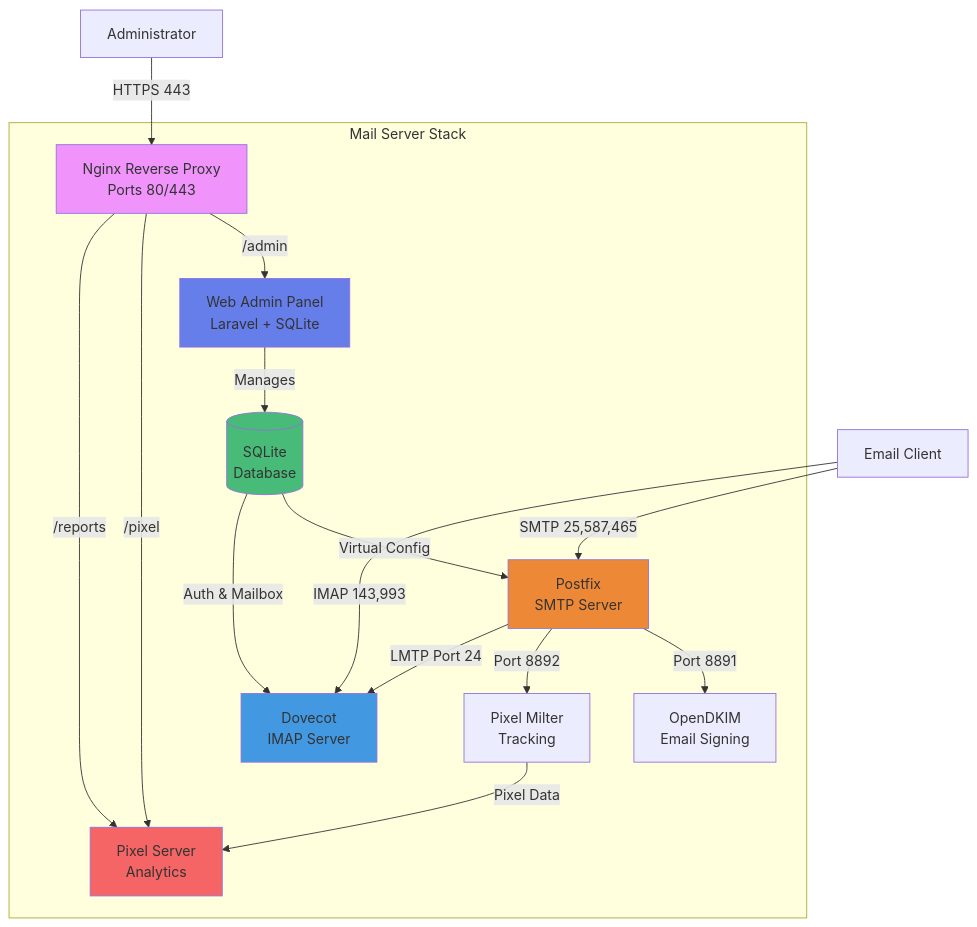
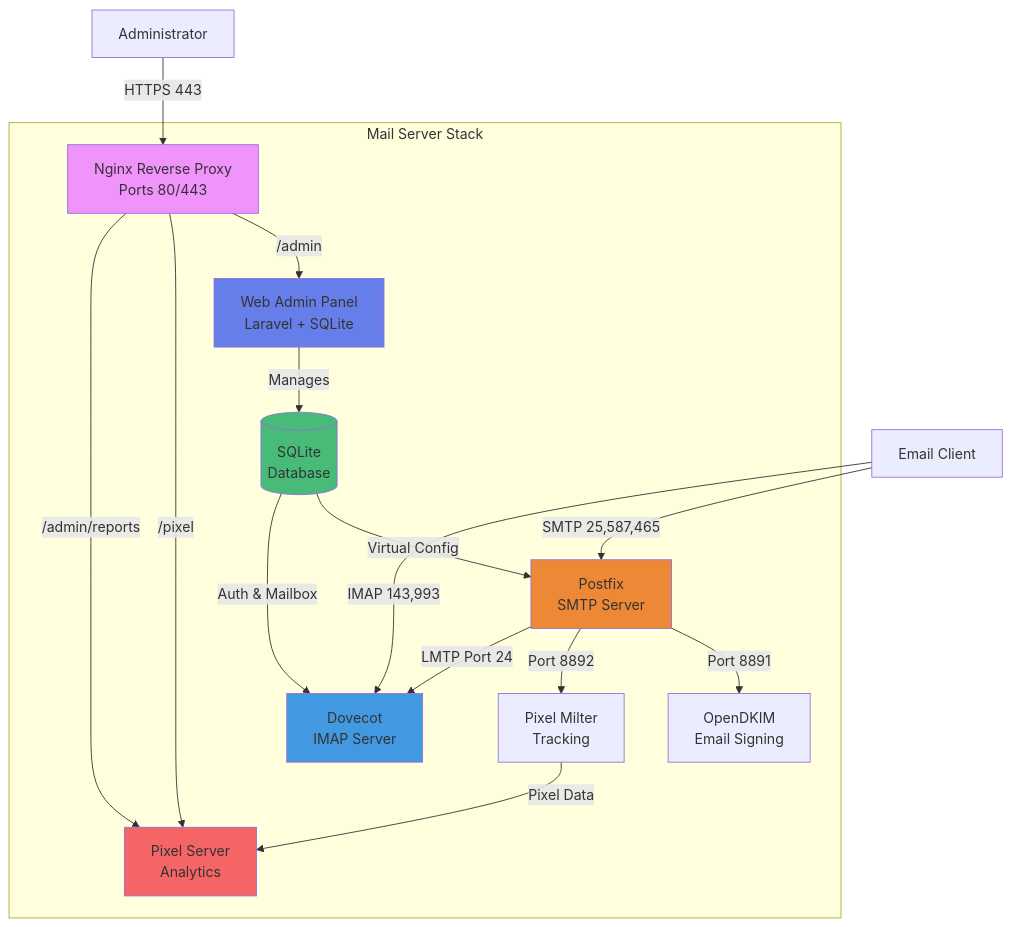
Before and after one commit to tayyebi/mailserver: the diagram in README.md, drawn with Mermaid. The commit also changed other lines of this file and 3 other files, not shown here.

Commit message:
Add reports link to dashboard and re-route to /admin/reports

````diff
--- a/README.md
+++ b/README.md
@@ -15,37 +15,37 @@
 ```mermaid
 graph TB
     subgraph "Mail Server Stack"
         Proxy[Nginx Reverse Proxy<br/>Ports 80/443]
         Admin[Web Admin Panel<br/>Laravel + SQLite]
         DB[(SQLite<br/>Database)]
         Postfix[Postfix<br/>SMTP Server]
         Dovecot[Dovecot<br/>IMAP Server]
         OpenDKIM[OpenDKIM<br/>Email Signing]
         PixelMilter[Pixel Milter<br/>Tracking]
         PixelServer[Pixel Server<br/>Analytics]
     end
     
     User[Administrator] -->|HTTPS 443| Proxy
     Proxy -->|/admin| Admin
     Proxy -->|/pixel| PixelServer
-    Proxy -->|/reports| PixelServer
+    Proxy -->|/admin/reports| PixelServer
     
     Admin -->|Manages| DB
     DB -->|Virtual Config| Postfix
     DB -->|Auth & Mailbox| Dovecot
     
     EmailClient[Email Client] -->|SMTP 25,587,465| Postfix
     EmailClient -->|IMAP 143,993| Dovecot
     
     Postfix -->|Port 8891| OpenDKIM
     Postfix -->|Port 8892| PixelMilter
     Postfix -->|LMTP Port 24| Dovecot
     PixelMilter -->|Pixel Data| PixelServer
     
     style Proxy fill:#f093fb
     style Admin fill:#667eea
     style DB fill:#48bb78
     style Postfix fill:#ed8936
     style Dovecot fill:#4299e1
     style PixelServer fill:#f56565
 ```
````
